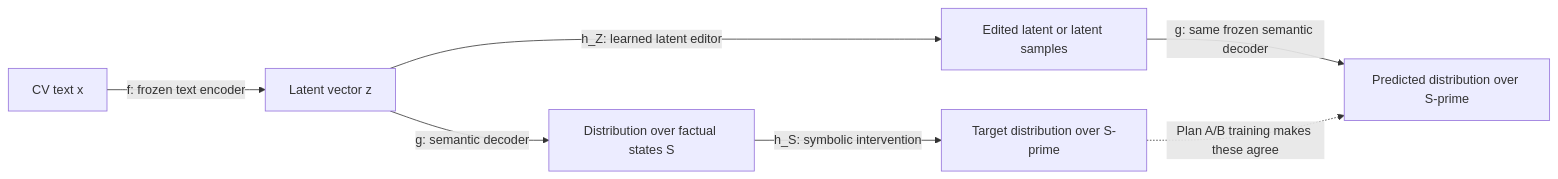
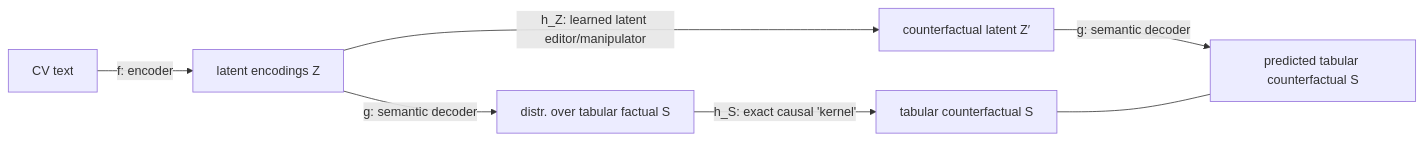
One commit to kestelnadomu/latent_intervention changed the first of 8 diagrams in docs/codebase_guide.md. Above: the diagram before and after it, drawn with Mermaid. The commit also changed other lines of this file, not shown here.

````diff
--- a/docs/codebase_guide.md
+++ b/docs/codebase_guide.md
@@ -42,9 +7,9 @@
 ```mermaid
 flowchart LR
-    TEXT["CV text x"] -->|"f: frozen text encoder"| Z["Latent vector z"]
-    Z -->|"g: semantic decoder"| GS["Distribution over factual states S"]
-    GS -->|"h_S: symbolic intervention"| TARGET["Target distribution over S-prime"]
-    Z -->|"h_Z: learned latent editor"| EDIT["Edited latent or latent samples"]
-    EDIT -->|"g: same frozen semantic decoder"| PRED["Predicted distribution over S-prime"]
-    TARGET -.->|"Plan A/B training makes these agree"| PRED
+    A[CV text] -->|f: encoder| Z[latent encodings Z]
+    Z -->|g: semantic decoder| S[distr. over tabular factual S]
+    S -->|h_S: exact causal 'kernel'| SCF[tabular counterfactual S]
+    Z -->|h_Z: learned latent editor/manipulator| ZCF[counterfactual latent Z′]
+    ZCF -->|g: semantic decoder| SP[predicted tabular counterfactual S]
+    SCF --- SP
 ```
````
